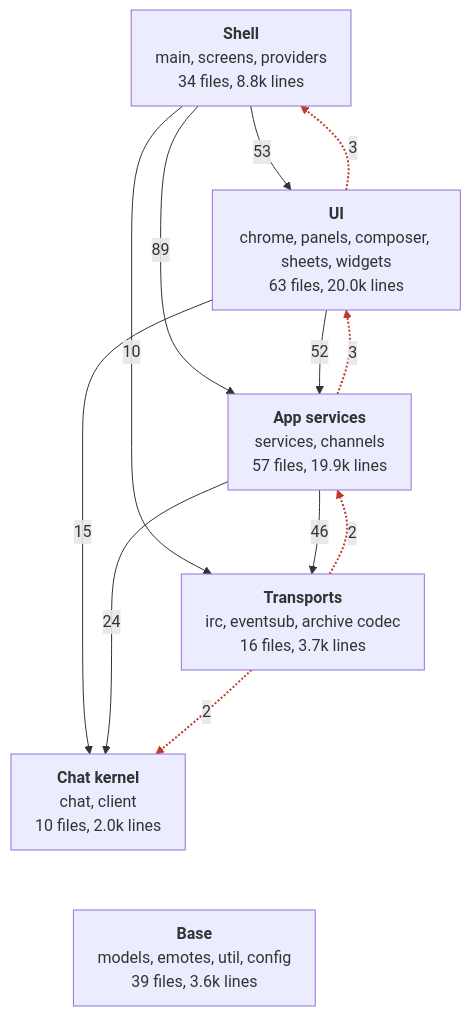
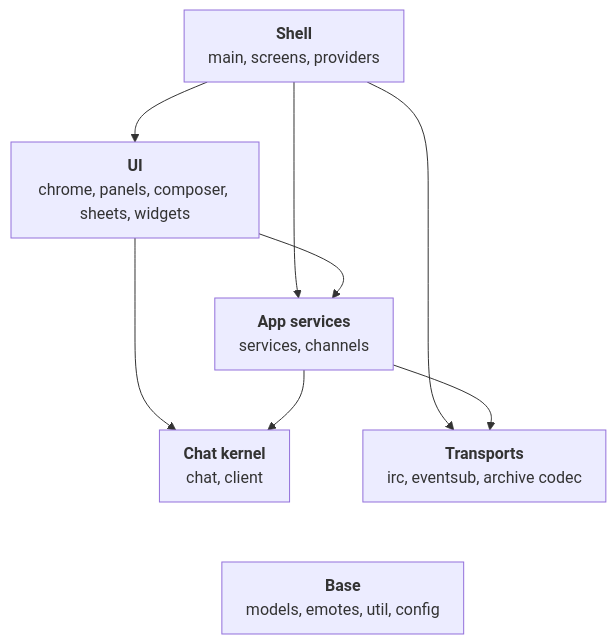
The first of 7 diagrams in docs/ARCHITECTURE.md (banan-guh/ErmChat), drawn with Mermaid before and after one commit. The commit also changed other lines of this file and 2 other files, not shown here.

````diff
--- a/docs/ARCHITECTURE.md
+++ b/docs/ARCHITECTURE.md
@@ -11,27 +11,20 @@
 ```mermaid
 %%{init: {"flowchart": {"nodeSpacing": 50, "rankSpacing": 60, "padding": 12}, "themeVariables": {"fontSize": "16px"}}}%%
 flowchart TD
-  shell["<b>Shell</b><br/>main, screens, providers<br/>34 files, 8.8k lines"]
-  ui["<b>UI</b><br/>chrome, panels, composer, sheets, widgets<br/>63 files, 20.0k lines"]
-  app["<b>App services</b><br/>services, channels<br/>57 files, 19.9k lines"]
-  kernel["<b>Chat kernel</b><br/>chat, client<br/>10 files, 2.0k lines"]
-  transport["<b>Transports</b><br/>irc, eventsub, archive codec<br/>16 files, 3.7k lines"]
-  base["<b>Base</b><br/>models, emotes, util, config<br/>39 files, 3.6k lines"]
+  shell["<b>Shell</b><br/>main, screens, providers"]
+  ui["<b>UI</b><br/>chrome, panels, composer, sheets, widgets"]
+  app["<b>App services</b><br/>services, channels"]
+  kernel["<b>Chat kernel</b><br/>chat, client"]
+  transport["<b>Transports</b><br/>irc, eventsub, archive codec"]
+  base["<b>Base</b><br/>models, emotes, util, config"]
 
-  shell -->|53| ui
-  shell -->|89| app
-  shell -->|10| transport
-  ui -->|52| app
-  ui -->|15| kernel
-  app -->|24| kernel
-  app -->|46| transport
+  shell --> ui
+  shell --> app
+  shell --> transport
+  ui --> app
+  ui --> kernel
+  app --> kernel
+  app --> transport
   kernel ~~~ base
   transport ~~~ base
-
-  ui -.->|3| shell
-  app -.->|3| ui
-  transport -.->|2| app
-  transport -.->|2| kernel
-
-  linkStyle 9,10,11,12 stroke:#c0392b,stroke-width:2px
 ```
````
